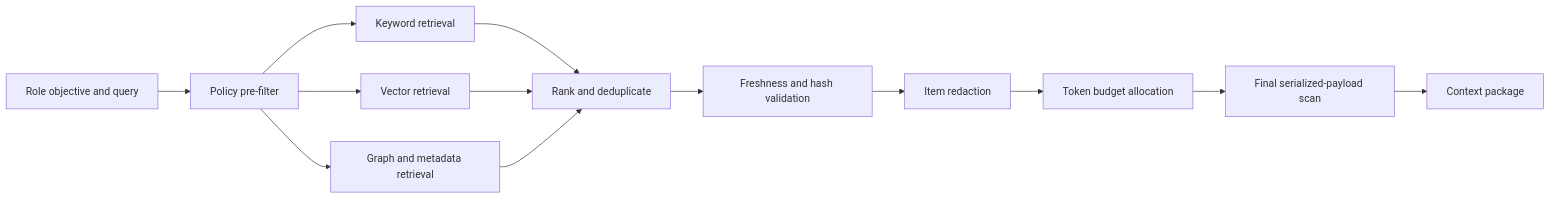
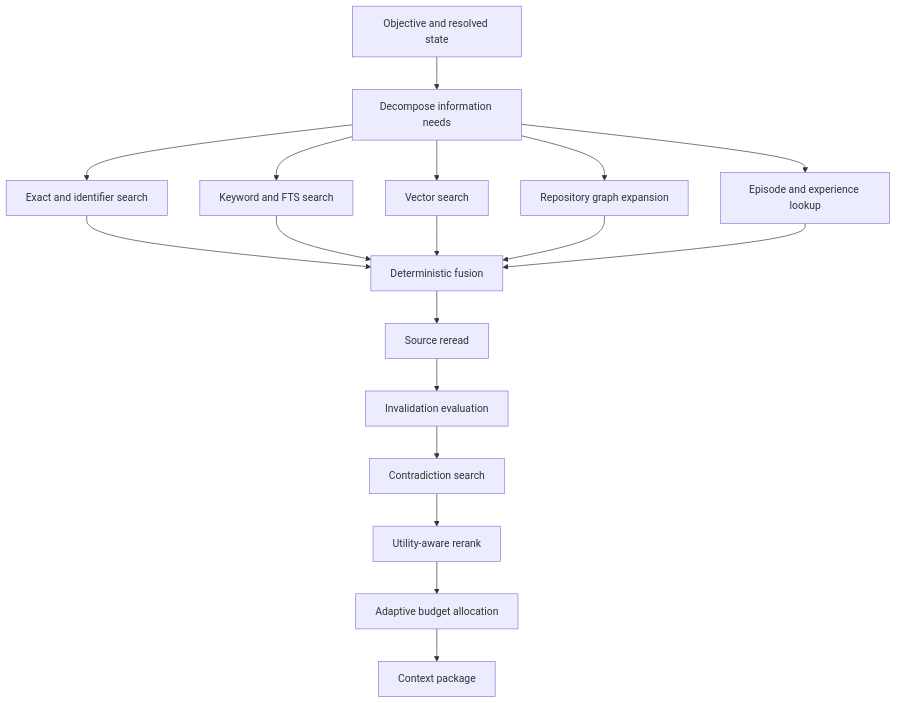
The second of 2 diagrams in docs/multi-agent-terminal-design/04-context-memory.md (plantrungnampl/Elite-Agent), drawn with Mermaid before and after one commit. The commit also changed other lines of this file and 226 other files, not shown here.

````diff
--- a/docs/multi-agent-terminal-design/04-context-memory.md
+++ b/docs/multi-agent-terminal-design/04-context-memory.md
@@ -114,15 +305,20 @@
 ```mermaid
-flowchart LR
-    Q[Role objective and query] --> P[Policy pre-filter]
-    P --> K[Keyword retrieval]
-    P --> V[Vector retrieval]
-    P --> G[Graph and metadata retrieval]
-    K --> R[Rank and deduplicate]
-    V --> R
-    G --> R
-    R --> F[Freshness and hash validation]
-    F --> X[Item redaction]
-    X --> B[Token budget allocation]
-    B --> S[Final serialized-payload scan]
-    S --> C[Context package]
+flowchart TD
+    Q[Objective and resolved state] --> D[Decompose information needs]
+    D --> X[Exact and identifier search]
+    D --> K[Keyword and FTS search]
+    D --> V[Vector search]
+    D --> G[Repository graph expansion]
+    D --> E[Episode and experience lookup]
+    X --> F[Deterministic fusion]
+    K --> F
+    V --> F
+    G --> F
+    E --> F
+    F --> R[Source reread]
+    R --> I[Invalidation evaluation]
+    I --> C[Contradiction search]
+    C --> U[Utility-aware rerank]
+    U --> B[Adaptive budget allocation]
+    B --> P[Context package]
 ```
````
